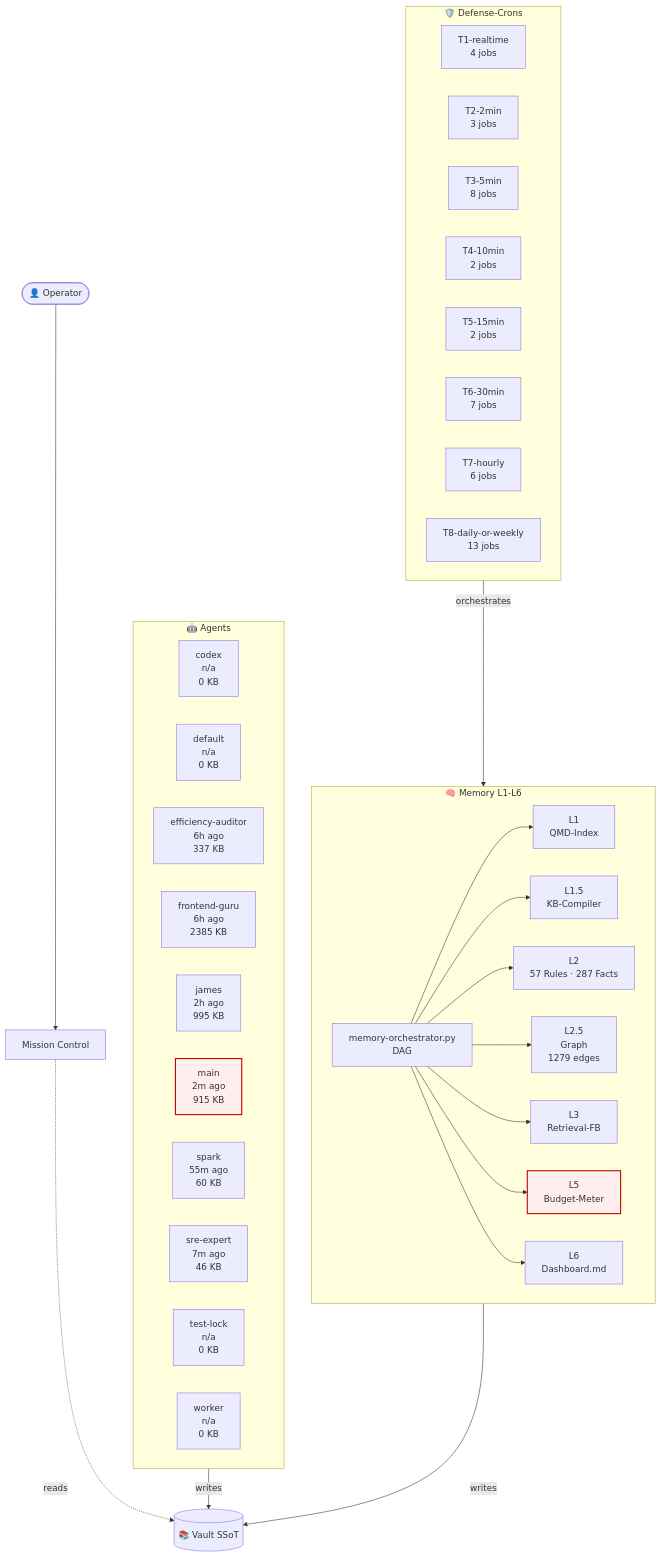
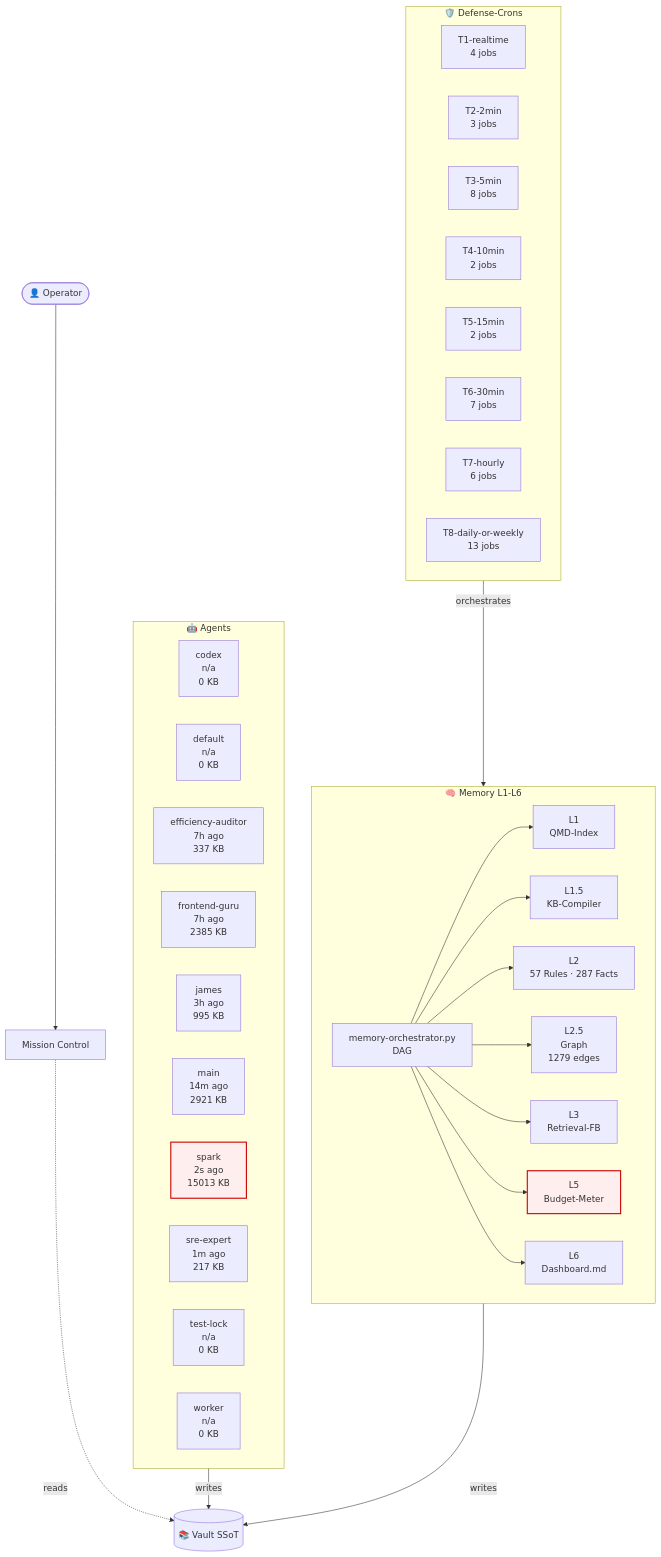
Before and after one commit to lenardhuebner88-rgb/openclaw-memory: the diagram in 03-Agents/architecture-live.md, drawn with Mermaid. The commit also changed other lines of this file and 7 other files, not shown here.

````diff
--- a/03-Agents/architecture-live.md
+++ b/03-Agents/architecture-live.md
@@ -18,53 +18,53 @@
 ```mermaid
 flowchart TB
     classDef critical fill:#fee,stroke:#c00,stroke-width:2px;
     subgraph AGT["🤖 Agents"]
         agent_codex["codex<br/>n/a<br/>0 KB"]
         agent_default["default<br/>n/a<br/>0 KB"]
-        agent_efficiency_auditor["efficiency-auditor<br/>6h ago<br/>337 KB"]
-        agent_frontend_guru["frontend-guru<br/>6h ago<br/>2385 KB"]
-        agent_james["james<br/>2h ago<br/>995 KB"]
-        agent_main["main<br/>2m ago<br/>915 KB"]
-        agent_spark["spark<br/>55m ago<br/>60 KB"]
-        agent_sre_expert["sre-expert<br/>7m ago<br/>46 KB"]
+        agent_efficiency_auditor["efficiency-auditor<br/>7h ago<br/>337 KB"]
+        agent_frontend_guru["frontend-guru<br/>7h ago<br/>2385 KB"]
+        agent_james["james<br/>3h ago<br/>995 KB"]
+        agent_main["main<br/>14m ago<br/>2921 KB"]
+        agent_spark["spark<br/>2s ago<br/>15013 KB"]
+        agent_sre_expert["sre-expert<br/>1m ago<br/>217 KB"]
         agent_test_lock["test-lock<br/>n/a<br/>0 KB"]
         agent_worker["worker<br/>n/a<br/>0 KB"]
     end
     subgraph MEM["🧠 Memory L1-L6"]
         L1["L1<br/>QMD-Index"]
         L15["L1.5<br/>KB-Compiler"]
         L2["L2<br/>57 Rules · 287 Facts"]
         L25["L2.5<br/>Graph<br/>1279 edges"]
         L3["L3<br/>Retrieval-FB"]
         L5["L5<br/>Budget-Meter"]
         L6["L6<br/>Dashboard.md"]
         ORCH["memory-orchestrator.py<br/>DAG"]
     end
     subgraph CRN["🛡️ Defense-Crons"]
         tier_T1_realtime["T1-realtime<br/>4 jobs"]
         tier_T2_2min["T2-2min<br/>3 jobs"]
         tier_T3_5min["T3-5min<br/>8 jobs"]
         tier_T4_10min["T4-10min<br/>2 jobs"]
         tier_T5_15min["T5-15min<br/>2 jobs"]
         tier_T6_30min["T6-30min<br/>7 jobs"]
         tier_T7_hourly["T7-hourly<br/>6 jobs"]
         tier_T8_daily_or_weekly["T8-daily-or-weekly<br/>13 jobs"]
     end
     VAULT[("📚 Vault SSoT")]
     OP([👤 Operator])
     MC["Mission Control"]
     OP --> MC
     MC -.reads.-> VAULT
     AGT -->|writes| VAULT
     MEM -->|writes| VAULT
     ORCH --> L1
     ORCH --> L15
     ORCH --> L2
     ORCH --> L25
     ORCH --> L3
     ORCH --> L5
     ORCH --> L6
     CRN -->|orchestrates| MEM
     class L5 critical
-    class agent_main critical
+    class agent_spark critical
 ```
````
